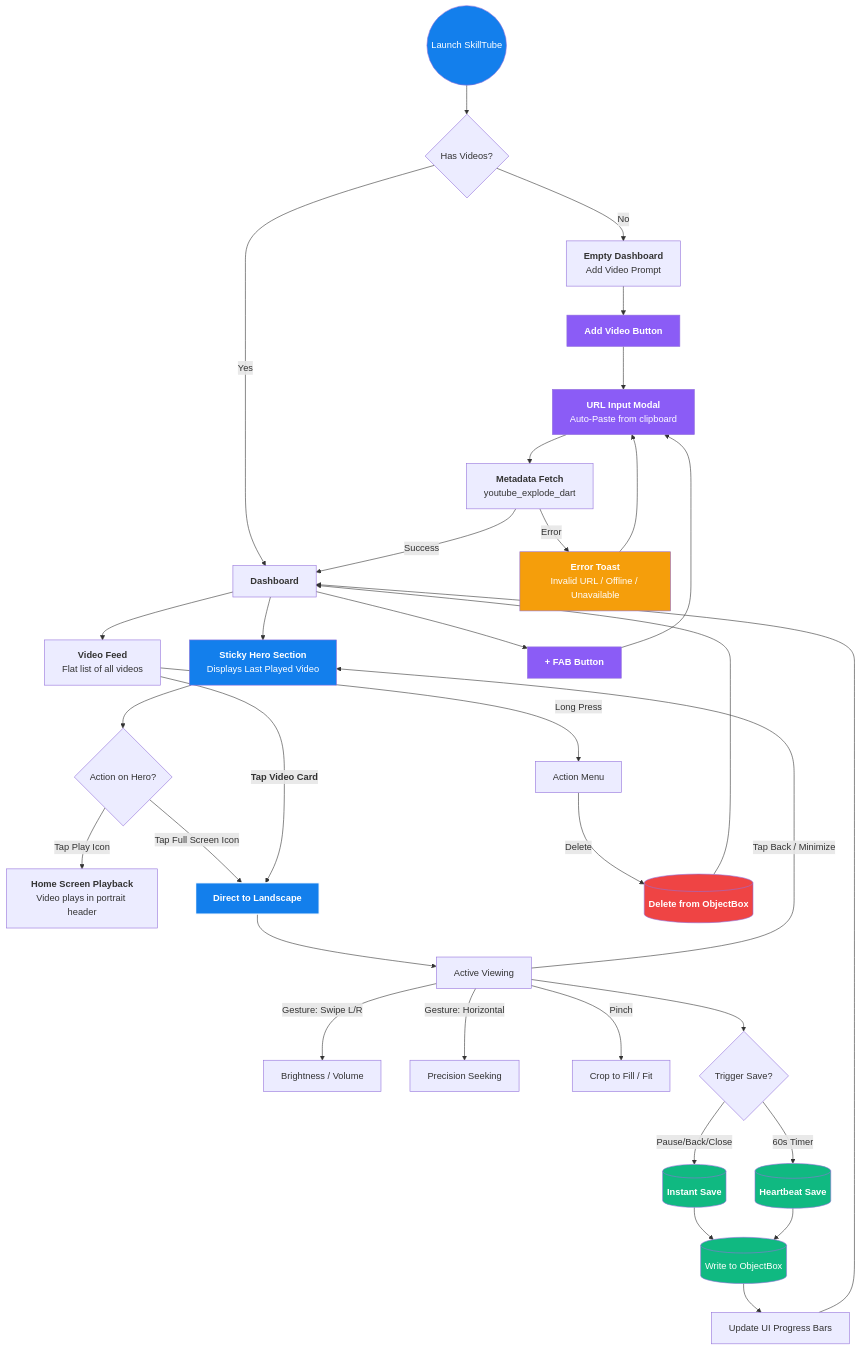
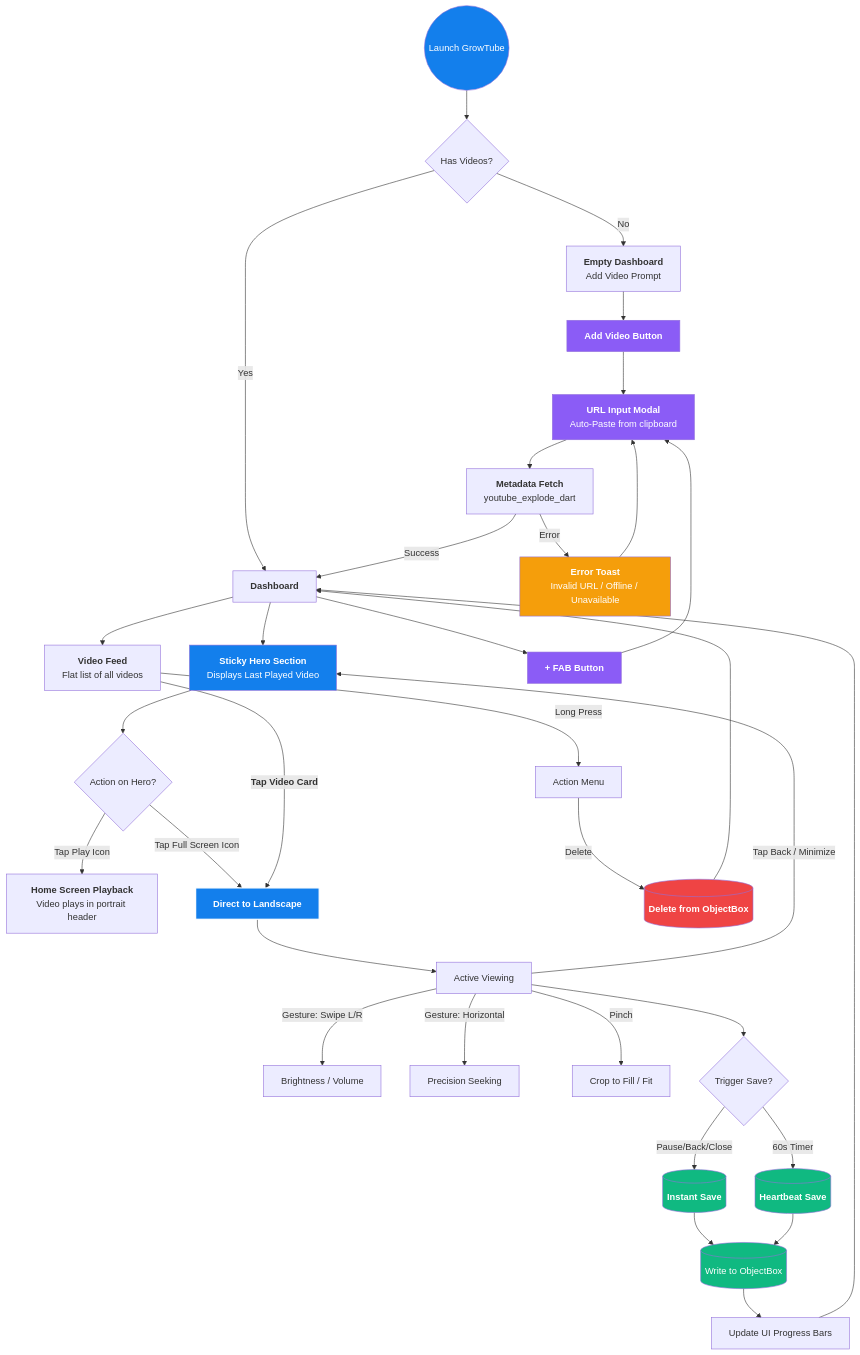
Before and after one commit to anshra1/grow_tube: the diagram in doc/app/userflow.mmd, drawn with Mermaid. The commit also changed 76 other files, not shown here.

```diff
--- a/doc/app/userflow.mmd
+++ b/doc/app/userflow.mmd
@@ -1,62 +1,62 @@
 graph TD
     %% Initial Entry
-    Start((Launch SkillTube)) --> CheckDB{Has Videos?}
+    Start((Launch GrowTube)) --> CheckDB{Has Videos?}
     CheckDB -->|No| Empty[<b>Empty Dashboard</b><br/>Add Video Prompt]
     CheckDB -->|Yes| Dashboard[<b>Dashboard</b>]
 
     %% The Hero Section
     Dashboard --> Hero[<b>Sticky Hero Section</b><br/>Displays Last Played Video]
     Hero --> HeroPlay{Action on Hero?}
     HeroPlay -->|Tap Play Icon| InlinePlay[<b>Home Screen Playback</b><br/>Video plays in portrait header]
     HeroPlay -->|Tap Full Screen Icon| Landscape[<b>Landscape Focus Mode</b><br/>MX Player Controls]
     
     %% The Feed
     Dashboard --> Feed[<b>Video Feed</b><br/>Flat list of all videos]
     Feed -->|<b>Tap Video Card</b>| Landscape[<b>Direct to Landscape</b>]
 
     %% Add Video (FAB — always accessible)
     Dashboard --> FAB[<b>+ FAB Button</b>]
     Empty --> AddBtn[<b>Add Video Button</b>]
     FAB --> Modal[<b>URL Input Modal</b><br/>Auto-Paste from clipboard]
     AddBtn --> Modal
     Modal --> Fetch[<b>Metadata Fetch</b><br/>youtube_explode_dart]
     Fetch -->|Success| Dashboard
     Fetch -->|Error| Toast[<b>Error Toast</b><br/>Invalid URL / Offline / Unavailable]
     Toast --> Modal
 
     %% The Landscape Loop
     Landscape --> Watch[Active Viewing]
     Watch -->|Gesture: Swipe L/R| MXControls[Brightness / Volume]
     Watch -->|Gesture: Horizontal| Seek[Precision Seeking]
     Watch -->|Pinch| Zoom[Crop to Fill / Fit]
 
     %% Exit Transition
     Watch -->|Tap Back / Minimize| Hero
     
     %% The Hybrid Save (Data Safety)
     Watch --> SaveLogic{Trigger Save?}
     SaveLogic -->|Pause/Back/Close| Instant[(<b>Instant Save</b>)]
     SaveLogic -->|60s Timer| Heartbeat[(<b>Heartbeat Save</b>)]
     
     Instant --> OBWrite[(Write to ObjectBox)]
     Heartbeat --> OBWrite
     OBWrite --> Sync[Update UI Progress Bars]
     Sync --> Dashboard
 
     %% Management
     Feed -->|Long Press| Actions[Action Menu]
     Actions -->|Delete| Delete[(<b>Delete from ObjectBox</b>)]
     Delete --> Dashboard
 
     %% Styling
     style Start fill:#137fec,color:#fff
     style Landscape fill:#137fec,color:#fff,stroke:#fff,stroke-width:2px
     style Hero fill:#137fec,color:#fff
     style Instant fill:#10b981,color:#fff
     style Heartbeat fill:#10b981,color:#fff
     style OBWrite fill:#10b981,color:#fff
     style Delete fill:#ef4444,color:#fff
     style FAB fill:#8b5cf6,color:#fff
     style AddBtn fill:#8b5cf6,color:#fff
     style Modal fill:#8b5cf6,color:#fff
     style Toast fill:#f59e0b,color:#fff
```
